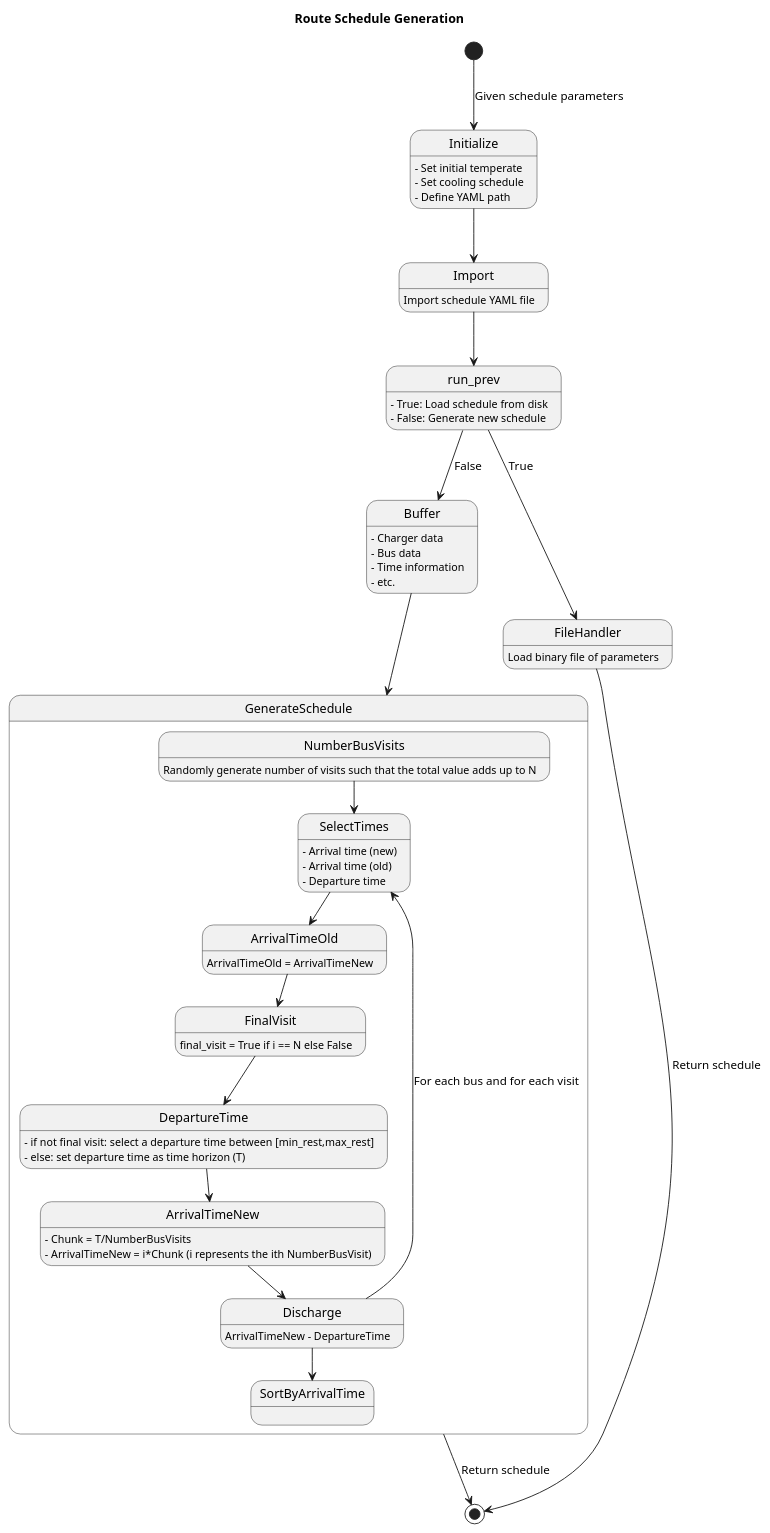
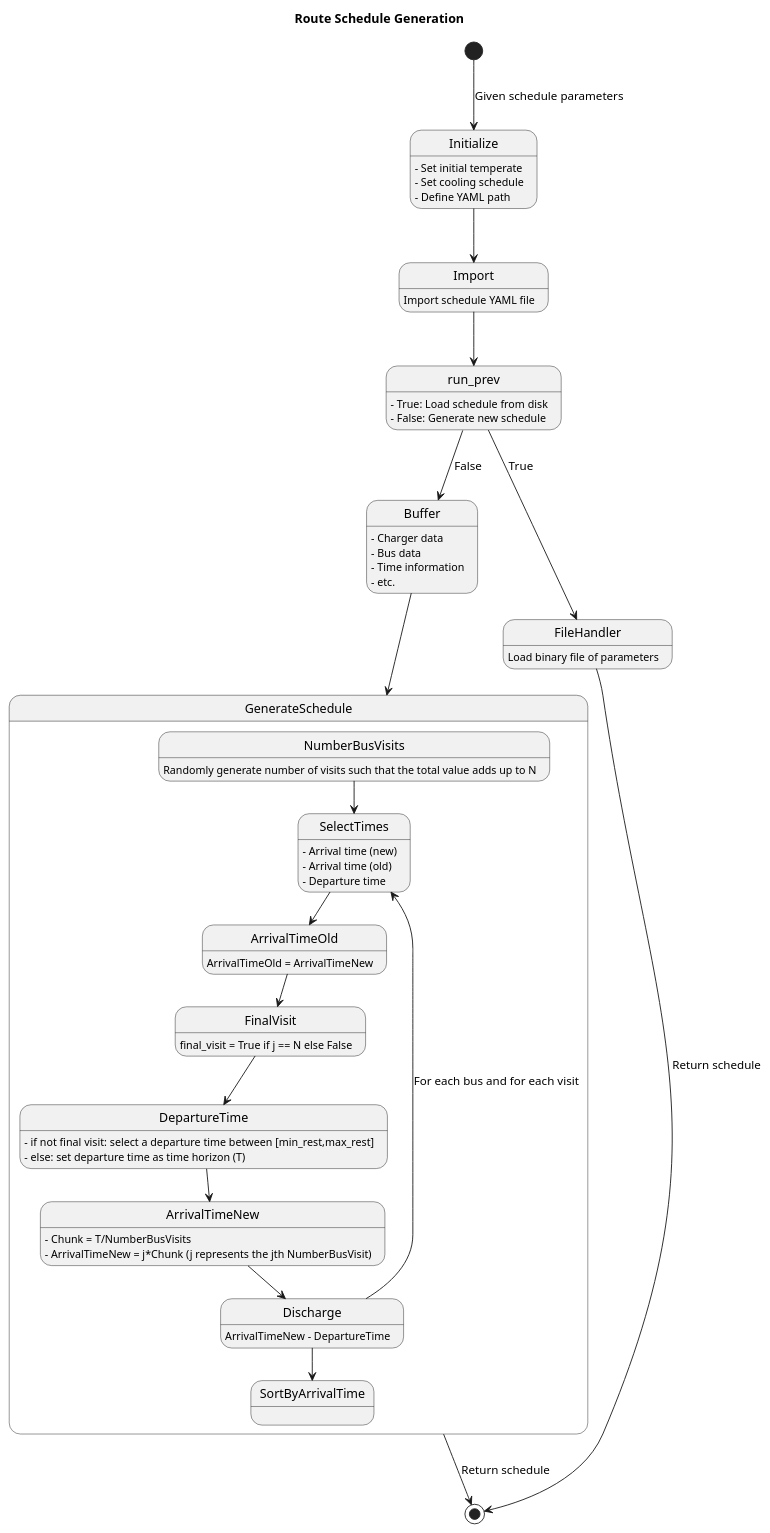
The diagram in docs/uml/route_generation.puml (alexb7711/sa-pap), drawn with PlantUML before and after one commit. The commit also changed 2 other files, not shown here.

```diff
--- a/docs/uml/route_generation.puml
+++ b/docs/uml/route_generation.puml
@@ -1,84 +1,84 @@
 @startuml
 
 title Route Schedule Generation
 
 ' Initialize
 [*] --> Initialize : Given schedule parameters
 Initialize : - Set initial temperate
 Initialize : - Set cooling schedule
 Initialize : - Define YAML path
 
 ' Import
 Initialize --> Import
 Import : Import schedule YAML file
 
 ' Load or generate schedule
 Import --> run_prev
 run_prev : - True: Load schedule from disk
 run_prev : - False: Generate new schedule
 
 '================================================================================
 ' True
 
 ' Buffer
 run_prev --> Buffer : False
 Buffer : - Charger data
 Buffer : - Bus data
 Buffer : - Time information
 Buffer : - etc.
 
 ' Generate schedule
 Buffer --> GenerateSchedule
 state GenerateSchedule {
 	' Number of visits
 	NumberBusVisits : Randomly generate number of visits such that the total value adds up to N
 
 	' Select times
 	NumberBusVisits --> SelectTimes
 	SelectTimes : - Arrival time (new)
 	SelectTimes : - Arrival time (old)
 	SelectTimes : - Departure time
 
 	' Arrival time old
 	SelectTimes --> ArrivalTimeOld
 	ArrivalTimeOld : ArrivalTimeOld = ArrivalTimeNew
 
 	' Final visit
 	ArrivalTimeOld --> FinalVisit
-	FinalVisit: final_visit = True if i == N else False
+	FinalVisit: final_visit = True if j == N else False
 	
 	' Departure time
 	FinalVisit --> DepartureTime
 	DepartureTime : - if not final visit: select a departure time between [min_rest,max_rest]
 	DepartureTime : - else: set departure time as time horizon (T)
 	
 	' Arrival time new
 	DepartureTime --> ArrivalTimeNew
 	ArrivalTimeNew : - Chunk = T/NumberBusVisits
-	ArrivalTimeNew : - ArrivalTimeNew = i*Chunk (i represents the ith NumberBusVisit)
+	ArrivalTimeNew : - ArrivalTimeNew = j*Chunk (j represents the jth NumberBusVisit)
 
 	' Discharge
 	ArrivalTimeNew --> Discharge
 	Discharge : ArrivalTimeNew - DepartureTime
 	
 	' Loop back around
 	Discharge --> SelectTimes : For each bus and for each visit
 
 	' Sort
 	Discharge --> SortByArrivalTime
 }
 
 ' End
 GenerateSchedule --> [*] : Return schedule
 
 '================================================================================
 ' False
 
 ' Get file handlesr
 run_prev --> FileHandler : True
 FileHandler : Load binary file of parameters
 
 ' End
 FileHandler --> [*] : Return schedule
 
 @enduml
```
